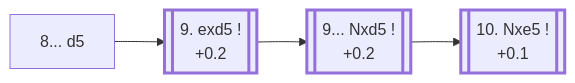
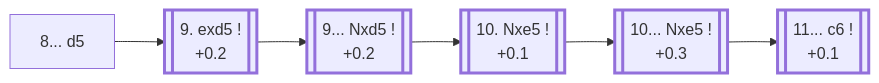
The diagram in e4_openings/C89_Ruy_Lopez_Marshall_Attack.md (onclemarcel/chess_flashcards), drawn with Mermaid before and after one commit. The commit also changed other lines of this file and 59 other files, not shown here.

````diff
--- a/e4_openings/C89_Ruy_Lopez_Marshall_Attack.md
+++ b/e4_openings/C89_Ruy_Lopez_Marshall_Attack.md
@@ -12,14 +12,19 @@
 ```mermaid
 flowchart LR
     classDef main stroke-width:3px;
 
     d5["8... d5"]
     click d5 "#_initial_move_" "C89 · Ruy Lopez: Marshall Attack"
 
     d5 --> exd5[["9. exd5 !<br/>+0.2"]]:::main
     click exd5 "#_exd5_" "C89 · Ruy Lopez: Marshall Attack"
     exd5 --> Nxd5[["9... Nxd5 !<br/>+0.2"]]:::main
     click Nxd5 "#_Nxd5_" "C89 · Ruy Lopez: Marshall Attack"
     Nxd5 --> Nxe5[["10. Nxe5 !<br/>+0.1"]]:::main
     click Nxe5 "#_Nxe5_" "C89 · Ruy Lopez: Marshall Attack"
+
+    Nxe5 --> Nxe5b[["10... Nxe5 !<br/>+0.3"]]:::main
+    click Nxe5b "#_Nxe5b_" "C89 · Ruy Lopez: Marshall Attack"
+    Nxe5b --> c6m[["11... c6 !<br/>+0.1"]]:::main
+    click c6m "#_Nxe5b_" "C89 · Ruy Lopez: Marshall Attack, Modern Variation"
 ```
````
